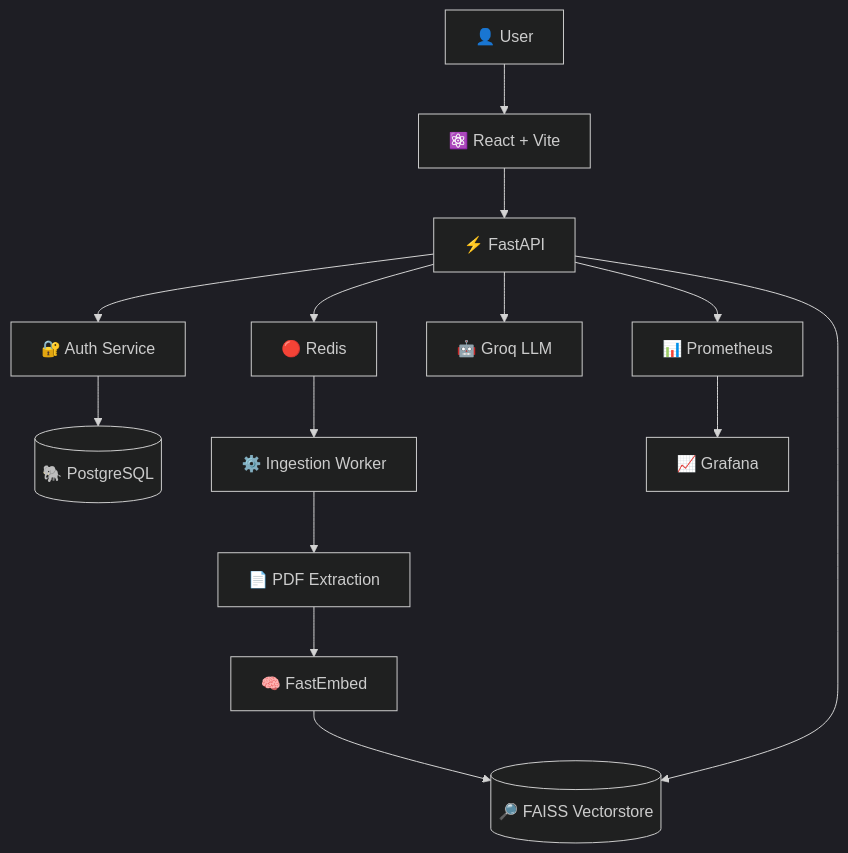
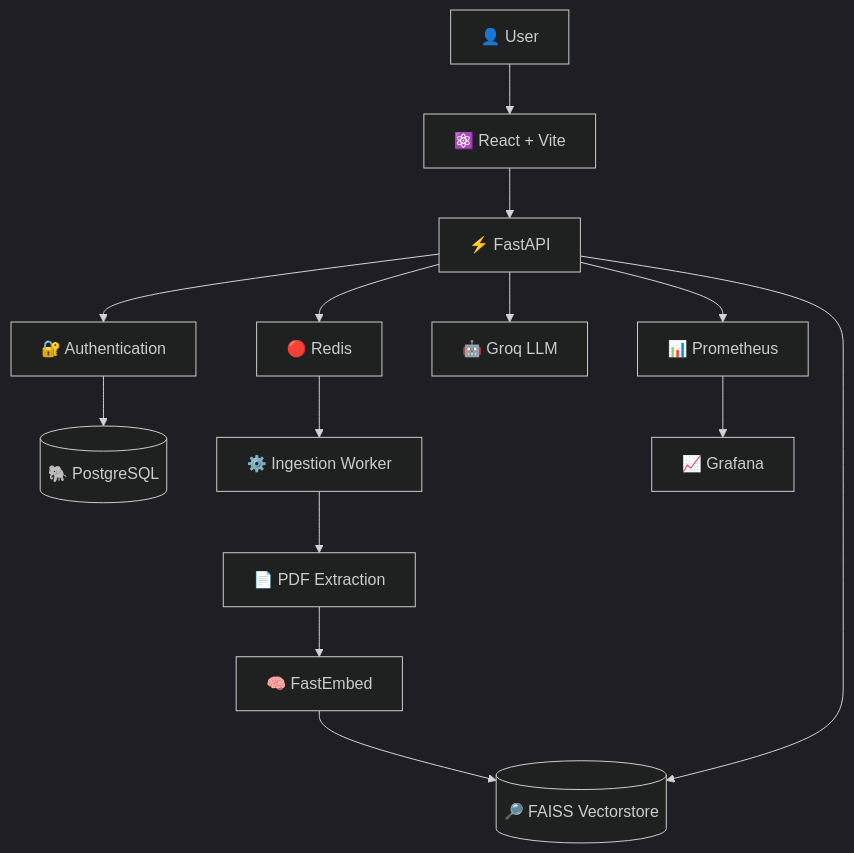
One commit to Dinesh-Sharma2004/Medical_chatbot changed the diagram in README.md. Above: the diagram before and after it, drawn with Mermaid (dark theme). The commit also changed other lines of this file, not shown here.

````diff
--- a/README.md
+++ b/README.md
@@ -367,48 +380,48 @@
 ```mermaid
 flowchart TB
 
     USER["👤 User"]
 
     FRONTEND["⚛️ React + Vite"]
 
     API["⚡ FastAPI"]
 
-    AUTH["🔐 Auth Service"]
+    AUTH["🔐 Authentication"]
 
     DB[("🐘 PostgreSQL")]
 
     REDIS["🔴 Redis"]
 
     WORKER["⚙️ Ingestion Worker"]
 
     PDF["📄 PDF Extraction"]
 
     EMBED["🧠 FastEmbed"]
 
     FAISS[("🔎 FAISS Vectorstore")]
 
     GROQ["🤖 Groq LLM"]
 
     PROM["📊 Prometheus"]
 
     GRAF["📈 Grafana"]
 
     USER --> FRONTEND
     FRONTEND --> API
 
     API --> AUTH
     AUTH --> DB
 
     API --> REDIS
     REDIS --> WORKER
 
     WORKER --> PDF
     PDF --> EMBED
     EMBED --> FAISS
 
     API --> FAISS
     API --> GROQ
 
     API --> PROM
     PROM --> GRAF
 ```
````
